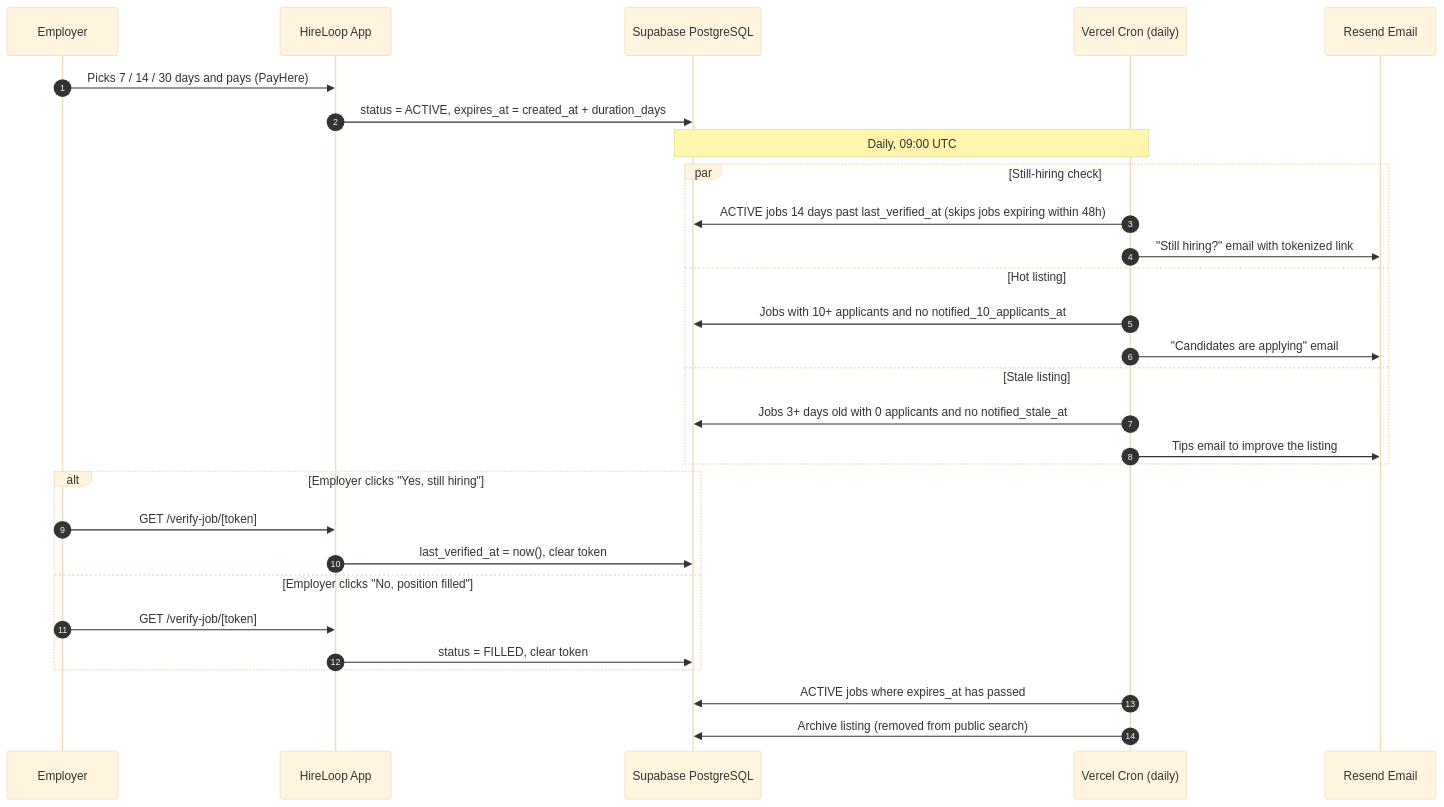
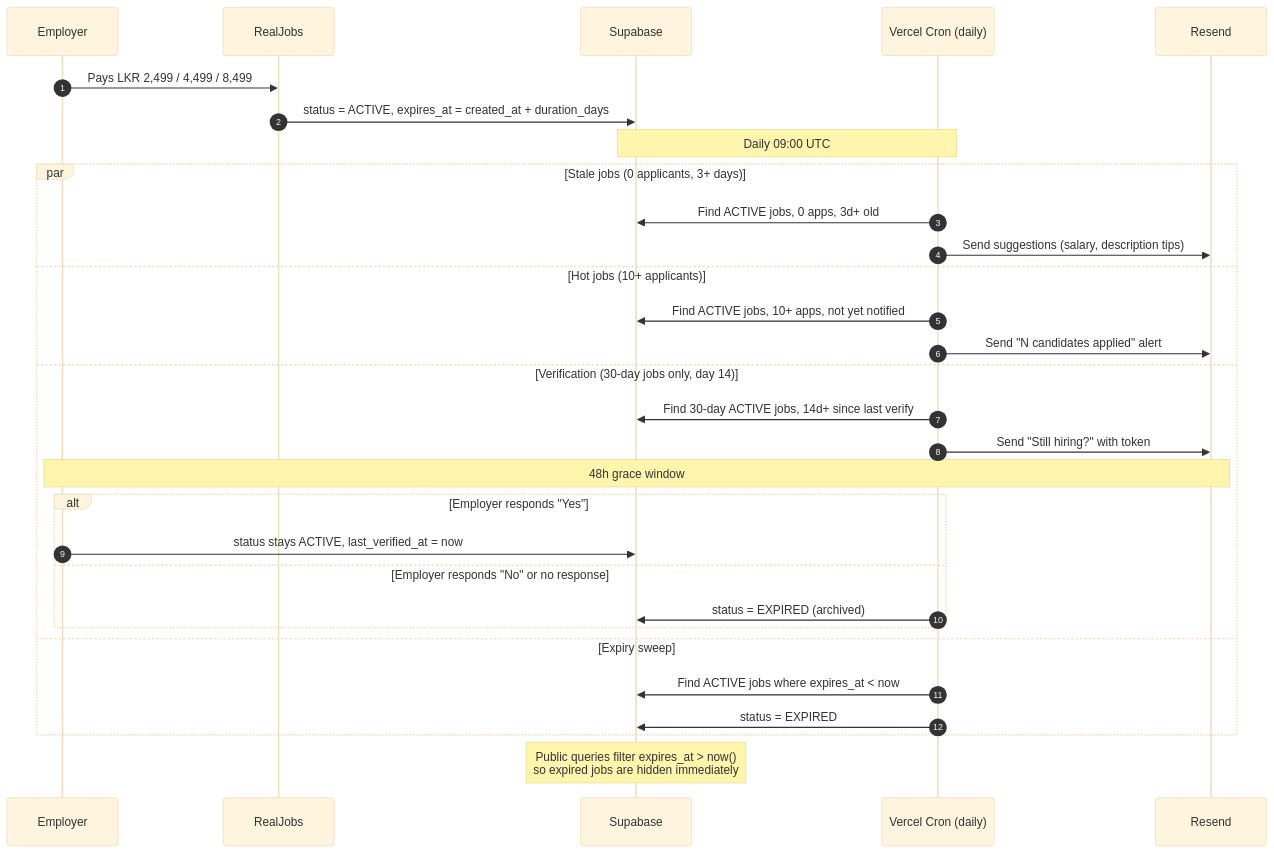
The diagram in README.md (Vivan2025wd/real_jobs), drawn with Mermaid (base theme) before and after one commit. The commit also changed other lines of this file and 18 other files, not shown here.

````diff
--- a/README.md
+++ b/README.md
@@ -88,35 +93,36 @@
 ```mermaid
 sequenceDiagram
     autonumber
     participant Emp as Employer
-    participant App as HireLoop App
-    participant DB as Supabase PostgreSQL
+    participant App as RealJobs
+    participant DB as Supabase
     participant Cron as Vercel Cron (daily)
-    participant Mail as Resend Email
+    participant Email as Resend
 
-    Emp->>App: Picks 7 / 14 / 30 days and pays (PayHere)
+    Emp->>App: Pays LKR 2,499 / 4,499 / 8,499
     App->>DB: status = ACTIVE, expires_at = created_at + duration_days
 
-    Note over Cron,DB: Daily, 09:00 UTC
-    par Still-hiring check
-        Cron->>DB: ACTIVE jobs 14 days past last_verified_at (skips jobs expiring within 48h)
-        Cron->>Mail: "Still hiring?" email with tokenized link
-    and Hot listing
-        Cron->>DB: Jobs with 10+ applicants and no notified_10_applicants_at
-        Cron->>Mail: "Candidates are applying" email
-    and Stale listing
-        Cron->>DB: Jobs 3+ days old with 0 applicants and no notified_stale_at
-        Cron->>Mail: Tips email to improve the listing
+    Note over Cron,DB: Daily 09:00 UTC
+
+    par Stale jobs (0 applicants, 3+ days)
+        Cron->>DB: Find ACTIVE jobs, 0 apps, 3d+ old
+        Cron->>Email: Send suggestions (salary, description tips)
+    and Hot jobs (10+ applicants)
+        Cron->>DB: Find ACTIVE jobs, 10+ apps, not yet notified
+        Cron->>Email: Send "N candidates applied" alert
+    and Verification (30-day jobs only, day 14)
+        Cron->>DB: Find 30-day ACTIVE jobs, 14d+ since last verify
+        Cron->>Email: Send "Still hiring?" with token
+        Note over Emp,Email: 48h grace window
+        alt Employer responds "Yes"
+            Emp->>DB: status stays ACTIVE, last_verified_at = now
+        else Employer responds "No" or no response
+            Cron->>DB: status = EXPIRED (archived)
+        end
+    and Expiry sweep
+        Cron->>DB: Find ACTIVE jobs where expires_at < now
+        Cron->>DB: status = EXPIRED
     end
 
-    alt Employer clicks "Yes, still hiring"
-        Emp->>App: GET /verify-job/[token]
-        App->>DB: last_verified_at = now(), clear token
-    else Employer clicks "No, position filled"
-        Emp->>App: GET /verify-job/[token]
-        App->>DB: status = FILLED, clear token
-    end
-
-    Cron->>DB: ACTIVE jobs where expires_at has passed
-    Cron->>DB: Archive listing (removed from public search)
+    Note over DB: Public queries filter expires_at > now()<br/>so expired jobs are hidden immediately
 ```
````
